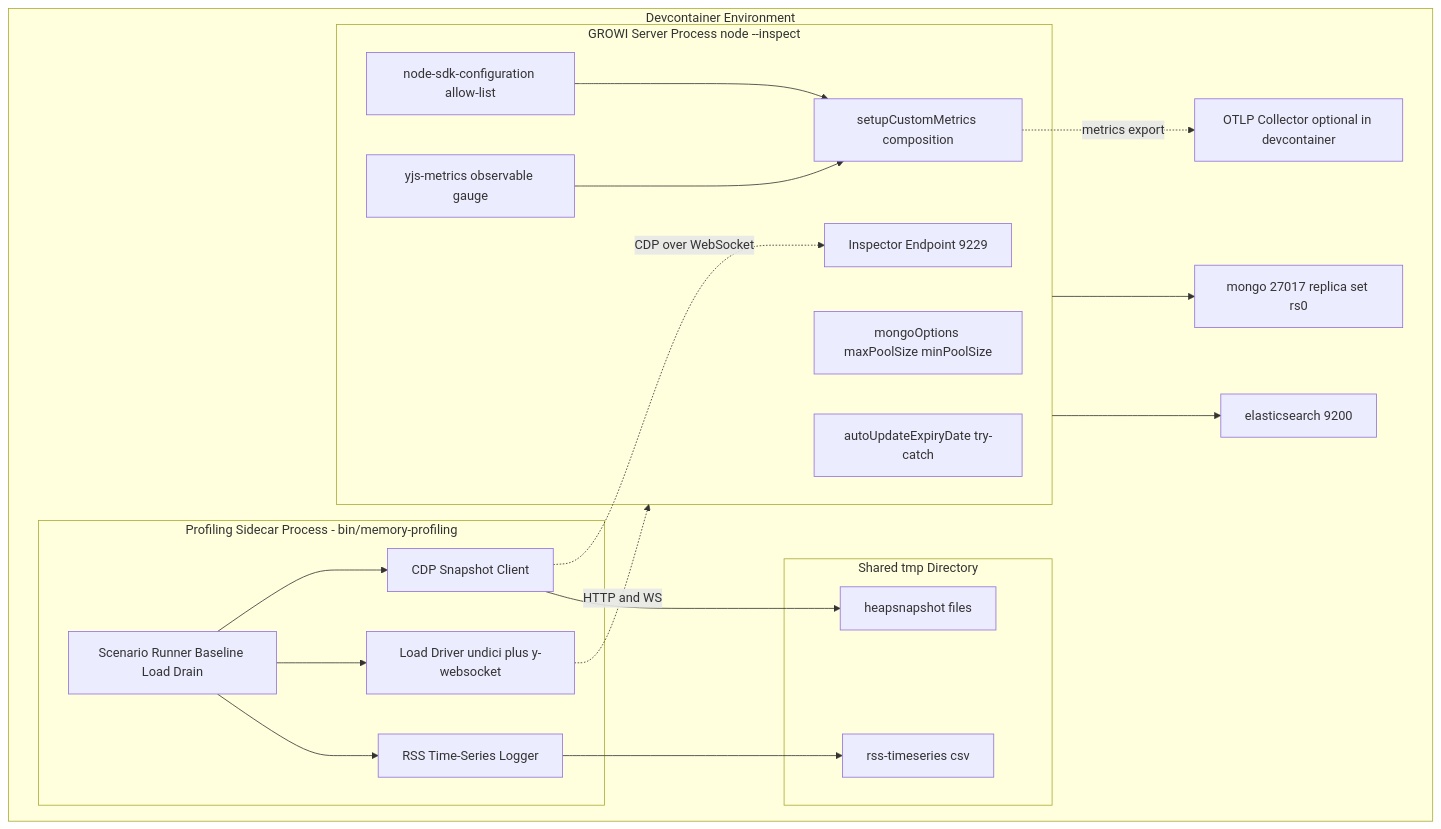
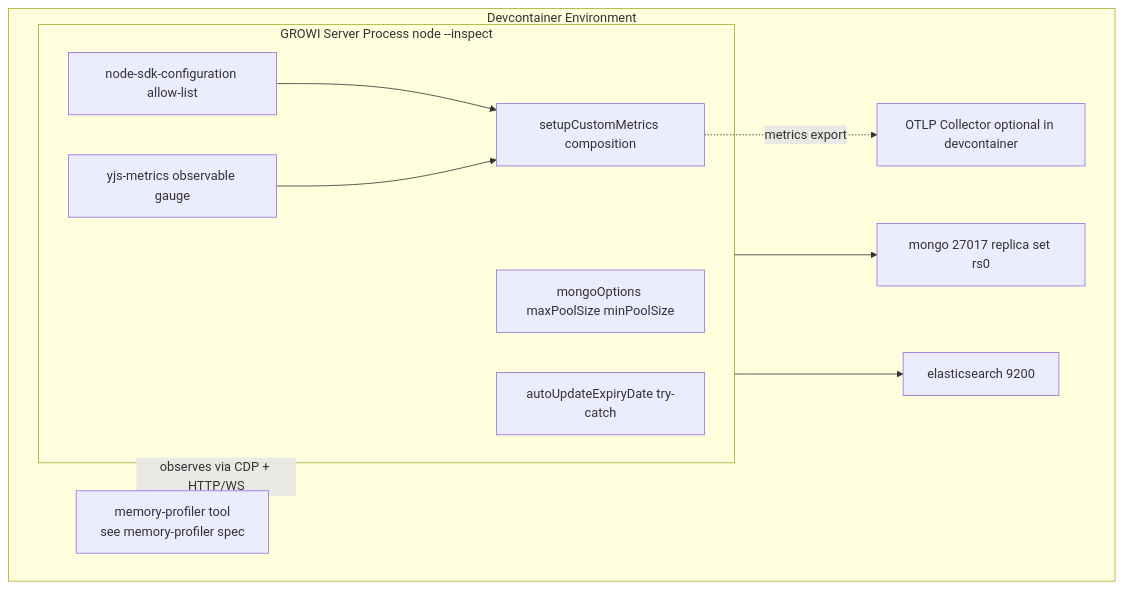
One commit to growilabs/growi changed the first of 2 diagrams in .kiro/specs/memory-leak-investigation/design.md. Above: the diagram before and after it, drawn with Mermaid. The commit also changed other lines of this file and 6 other files, not shown here.

````diff
--- a/.kiro/specs/memory-leak-investigation/design.md
+++ b/.kiro/specs/memory-leak-investigation/design.md
@@ -86,38 +82,22 @@
 ```mermaid
 graph TB
     subgraph DevcontainerEnv[Devcontainer Environment]
         subgraph ServerProcess[GROWI Server Process node --inspect]
             MongoosePool[mongoOptions maxPoolSize minPoolSize]
             OtelConfig[node-sdk-configuration allow-list]
             YjsMetric[yjs-metrics observable gauge]
             CustomMetrics[setupCustomMetrics composition]
             DefensiveTimer[autoUpdateExpiryDate try-catch]
-            InspectorEp[Inspector Endpoint 9229]
         end
-        subgraph SidecarProcess[Profiling Sidecar Process - bin/memory-profiling]
-            Runner[Scenario Runner Baseline Load Drain]
-            CdpClient[CDP Snapshot Client]
-            LoadDriver[Load Driver undici plus y-websocket]
-            RssLogger[RSS Time-Series Logger]
-        end
-        subgraph SharedFs[Shared tmp Directory]
-            Snapshots[heapsnapshot files]
-            RssCsv[rss-timeseries csv]
-        end
+        ProfilerTool[memory-profiler tool<br/>see memory-profiler spec]
         Mongo[mongo 27017 replica set rs0]
         ES[elasticsearch 9200]
         Otlp[OTLP Collector optional in devcontainer]
     end
     OtelConfig --> CustomMetrics
     YjsMetric --> CustomMetrics
     CustomMetrics -.metrics export.-> Otlp
-    CdpClient -.CDP over WebSocket.-> InspectorEp
-    LoadDriver -.HTTP and WS.-> ServerProcess
-    CdpClient --> Snapshots
-    RssLogger --> RssCsv
-    Runner --> CdpClient
-    Runner --> LoadDriver
-    Runner --> RssLogger
+    ProfilerTool -.observes via CDP + HTTP/WS.-> ServerProcess
     ServerProcess --> Mongo
     ServerProcess --> ES
 ```
````
